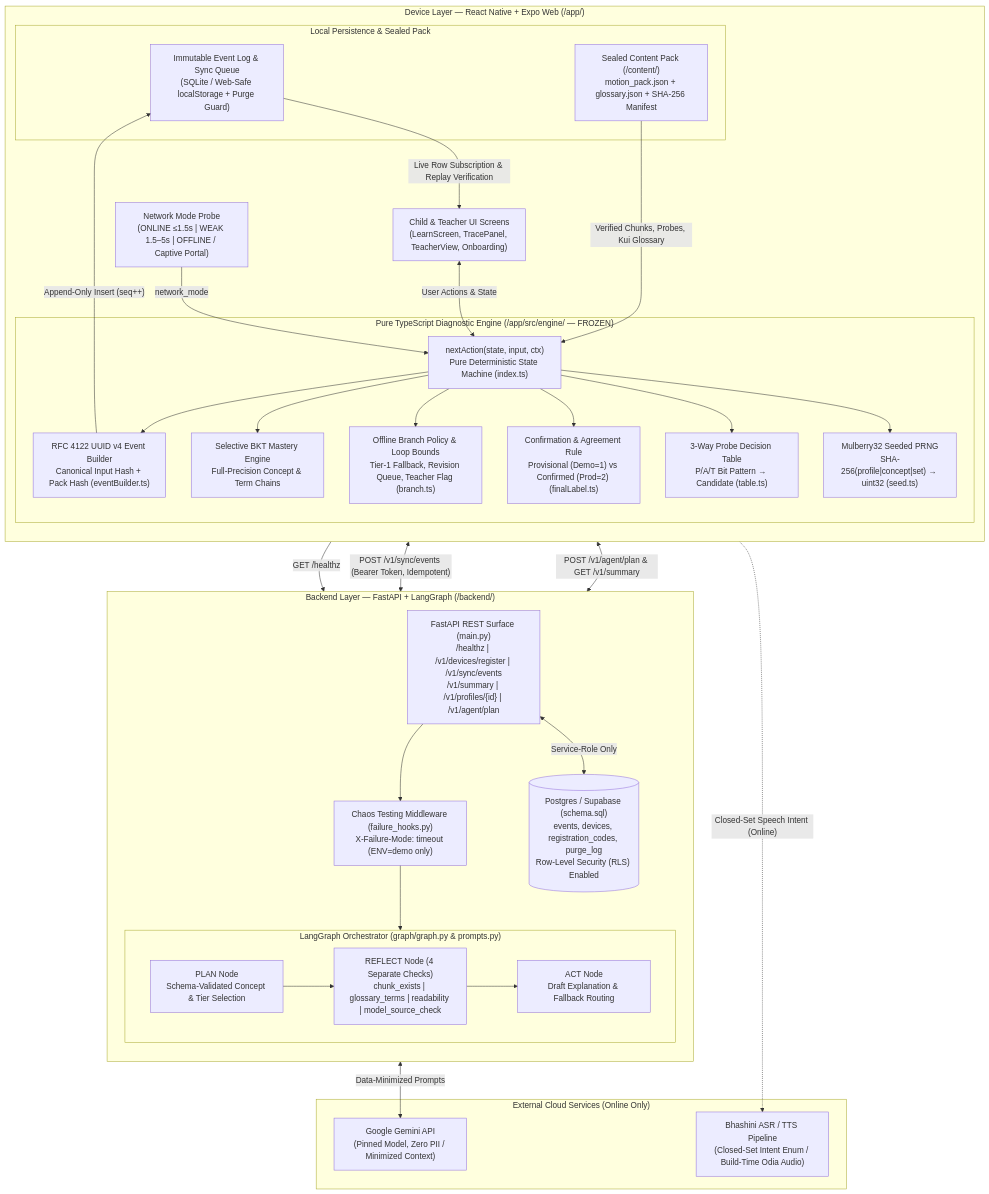
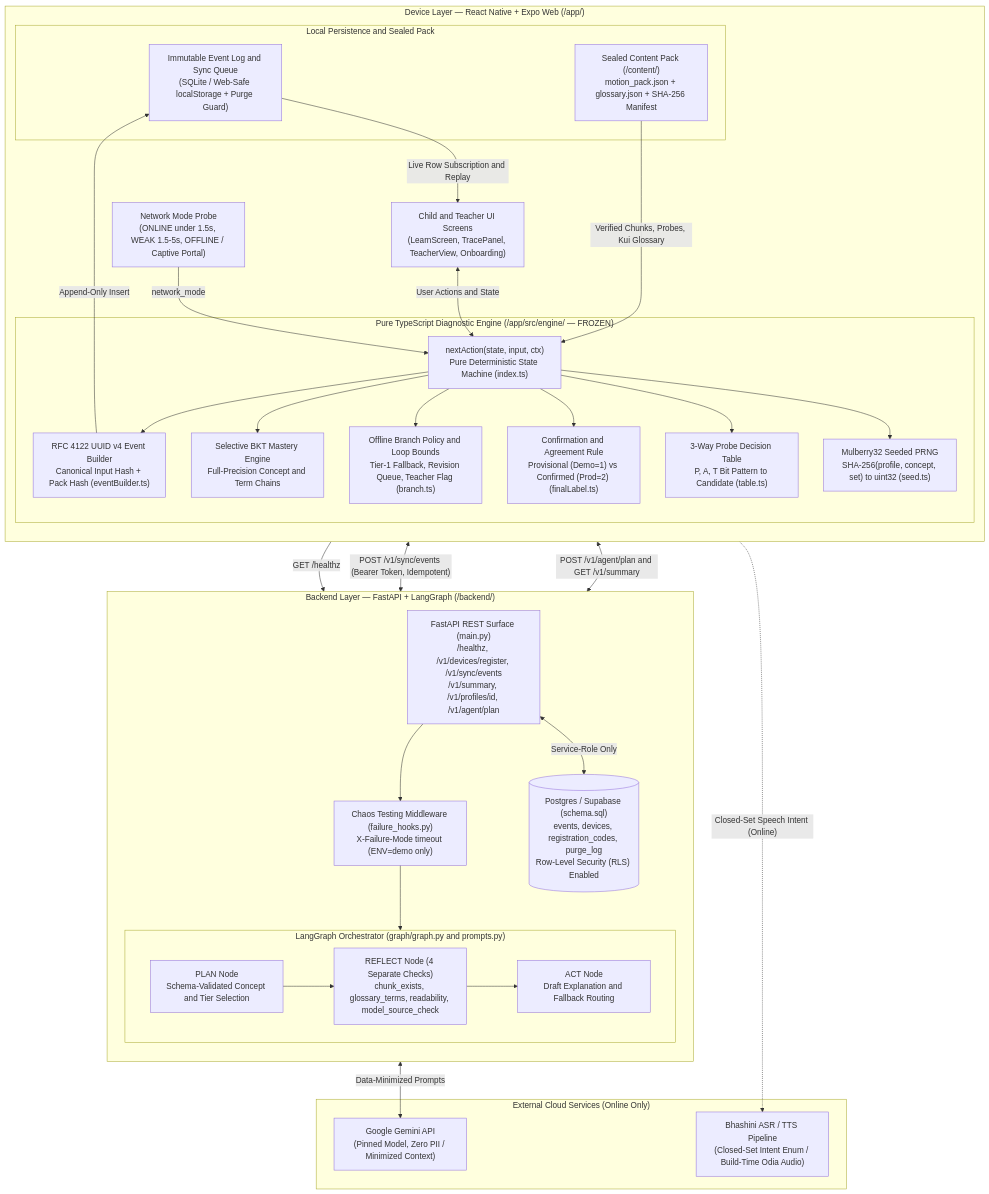
One commit to SIBAM890/Padhai-Pocket changed the first of 6 diagrams in README.md. Above: the diagram before and after it, drawn with Mermaid. The commit also changed other lines of this file, not shown here.

````diff
--- a/README.md
+++ b/README.md
@@ -31,57 +31,64 @@
 ```mermaid
 flowchart TB
     subgraph Client["Device Layer — React Native + Expo Web (/app/)"]
         direction TB
-        UI["Child & Teacher UI Screens<br/>(LearnScreen, TracePanel, TeacherView, Onboarding)"]
-        NetProbe["Network Mode Probe<br/>(ONLINE ≤1.5s | WEAK 1.5–5s | OFFLINE / Captive Portal)"]
+        UI["Child and Teacher UI Screens<br/>(LearnScreen, TracePanel, TeacherView, Onboarding)"]
+        NetProbe["Network Mode Probe<br/>(ONLINE under 1.5s, WEAK 1.5-5s, OFFLINE / Captive Portal)"]
         
         subgraph Engine["Pure TypeScript Diagnostic Engine (/app/src/engine/ — FROZEN)"]
             FSM["nextAction(state, input, ctx)<br/>Pure Deterministic State Machine (index.ts)"]
-            Seed["Mulberry32 Seeded PRNG<br/>SHA-256(profile|concept|set) → uint32 (seed.ts)"]
-            Table["3-Way Probe Decision Table<br/>P/A/T Bit Pattern → Candidate (table.ts)"]
-            Confirm["Confirmation & Agreement Rule<br/>Provisional (Demo=1) vs Confirmed (Prod=2) (finalLabel.ts)"]
-            Branch["Offline Branch Policy & Loop Bounds<br/>Tier-1 Fallback, Revision Queue, Teacher Flag (branch.ts)"]
-            BKT["Selective BKT Mastery Engine<br/>Full-Precision Concept & Term Chains"]
+            Seed["Mulberry32 Seeded PRNG<br/>SHA-256(profile, concept, set) to uint32 (seed.ts)"]
+            Table["3-Way Probe Decision Table<br/>P, A, T Bit Pattern to Candidate (table.ts)"]
+            Confirm["Confirmation and Agreement Rule<br/>Provisional (Demo=1) vs Confirmed (Prod=2) (finalLabel.ts)"]
+            Branch["Offline Branch Policy and Loop Bounds<br/>Tier-1 Fallback, Revision Queue, Teacher Flag (branch.ts)"]
+            BKT["Selective BKT Mastery Engine<br/>Full-Precision Concept and Term Chains"]
             EvtBuilder["RFC 4122 UUID v4 Event Builder<br/>Canonical Input Hash + Pack Hash (eventBuilder.ts)"]
         end
 
-        subgraph LocalStore["Local Persistence & Sealed Pack"]
-            Storage["Immutable Event Log & Sync Queue<br/>(SQLite / Web-Safe localStorage + Purge Guard)"]
+        subgraph LocalStore["Local Persistence and Sealed Pack"]
+            Storage["Immutable Event Log and Sync Queue<br/>(SQLite / Web-Safe localStorage + Purge Guard)"]
             Pack["Sealed Content Pack (/content/)<br/>motion_pack.json + glossary.json + SHA-256 Manifest"]
         end
     end
 
     subgraph Backend["Backend Layer — FastAPI + LangGraph (/backend/)"]
         direction TB
-        API["FastAPI REST Surface (main.py)<br/>/healthz | /v1/devices/register | /v1/sync/events<br/>/v1/summary | /v1/profiles/{id} | /v1/agent/plan"]
-        Chaos["Chaos Testing Middleware (failure_hooks.py)<br/>X-Failure-Mode: timeout (ENV=demo only)"]
+        API["FastAPI REST Surface (main.py)<br/>/healthz, /v1/devices/register, /v1/sync/events<br/>/v1/summary, /v1/profiles/id, /v1/agent/plan"]
+        Chaos["Chaos Testing Middleware (failure_hooks.py)<br/>X-Failure-Mode timeout (ENV=demo only)"]
         
-        subgraph AgentGraph["LangGraph Orchestrator (graph/graph.py & prompts.py)"]
-            PlanNode["PLAN Node<br/>Schema-Validated Concept & Tier Selection"]
-            ReflectNode["REFLECT Node (4 Separate Checks)<br/>chunk_exists | glossary_terms | readability | model_source_check"]
-            ActNode["ACT Node<br/>Draft Explanation & Fallback Routing"]
+        subgraph AgentGraph["LangGraph Orchestrator (graph/graph.py and prompts.py)"]
+            PlanNode["PLAN Node<br/>Schema-Validated Concept and Tier Selection"]
+            ReflectNode["REFLECT Node (4 Separate Checks)<br/>chunk_exists, glossary_terms, readability, model_source_check"]
+            ActNode["ACT Node<br/>Draft Explanation and Fallback Routing"]
         end
 
         DB[("Postgres / Supabase (schema.sql)<br/>events, devices, registration_codes, purge_log<br/>Row-Level Security (RLS) Enabled")]
     end
 
     subgraph CloudAI["External Cloud Services (Online Only)"]
         Gemini["Google Gemini API<br/>(Pinned Model, Zero PII / Minimized Context)"]
         Bhashini["Bhashini ASR / TTS Pipeline<br/>(Closed-Set Intent Enum / Build-Time Odia Audio)"]
     end
 
-    UI <-->|"User Actions & State"| FSM
-    FSM --> Seed & Table & Confirm & Branch & BKT & EvtBuilder
+    UI <-->|"User Actions and State"| FSM
+    FSM --> Seed
+    FSM --> Table
+    FSM --> Confirm
+    FSM --> Branch
+    FSM --> BKT
+    FSM --> EvtBuilder
     Pack -->|"Verified Chunks, Probes, Kui Glossary"| FSM
-    EvtBuilder -->|"Append-Only Insert (seq++)"| Storage
-    Storage -->|"Live Row Subscription & Replay Verification"| UI
+    EvtBuilder -->|"Append-Only Insert"| Storage
+    Storage -->|"Live Row Subscription and Replay"| UI
     NetProbe -->|"network_mode"| FSM
     NetProbe -->|"GET /healthz"| API
     Storage <-->|"POST /v1/sync/events (Bearer Token, Idempotent)"| API
-    UI <-->|"POST /v1/agent/plan & GET /v1/summary"| API
-    API --> Chaos --> AgentGraph
-    PlanNode --> ReflectNode --> ActNode
+    UI <-->|"POST /v1/agent/plan and GET /v1/summary"| API
+    API --> Chaos
+    Chaos --> AgentGraph
+    PlanNode --> ReflectNode
+    ReflectNode --> ActNode
     API <-->|"Service-Role Only"| DB
     AgentGraph <-->|"Data-Minimized Prompts"| Gemini
     UI -.->|"Closed-Set Speech Intent (Online)"| Bhashini
 ```
````
